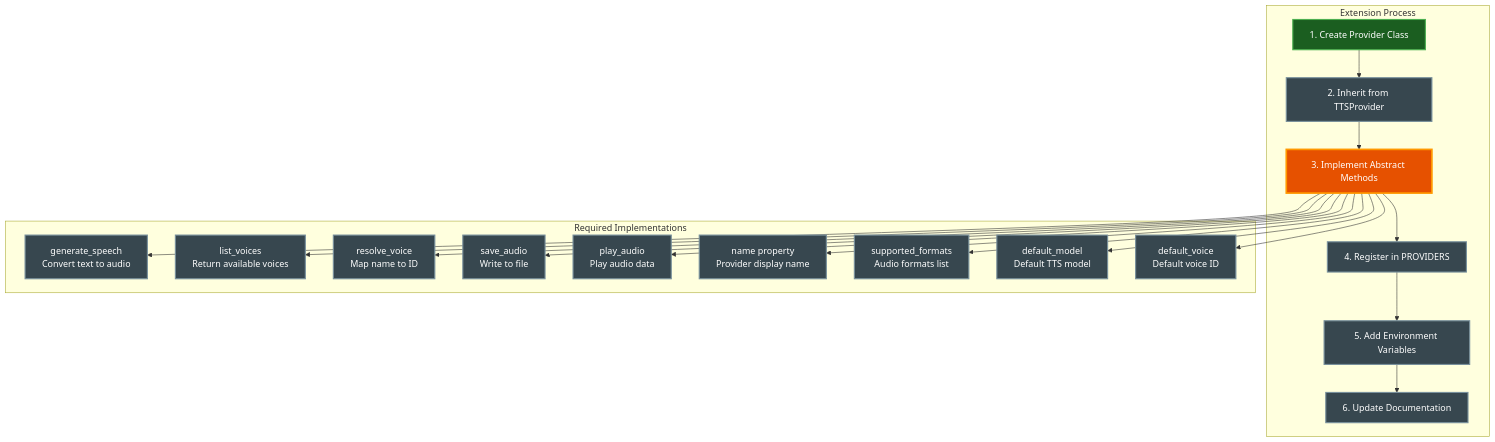
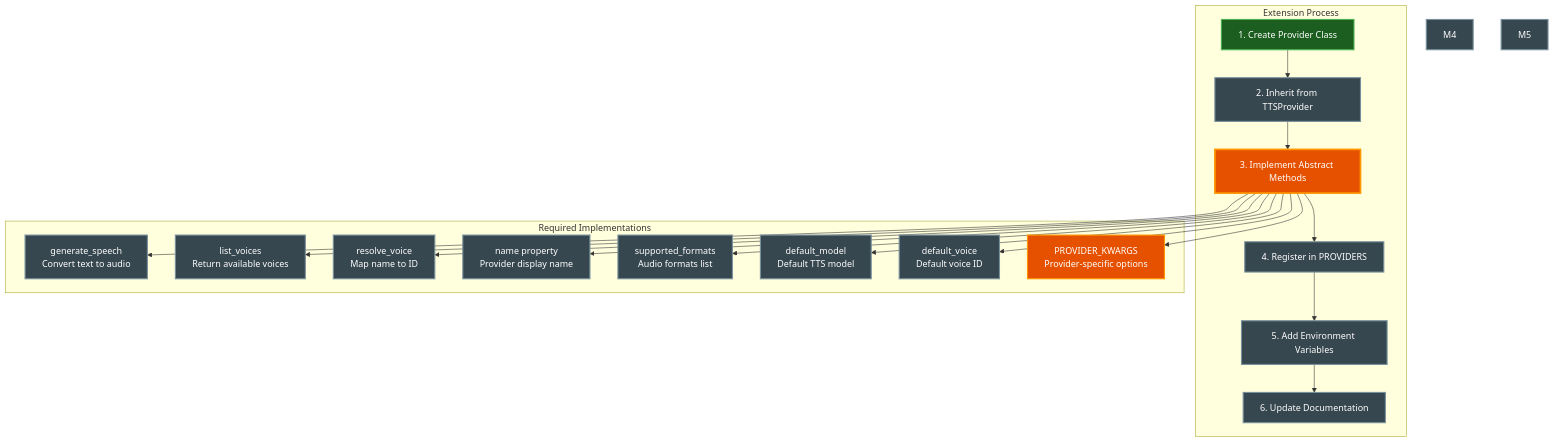
Before and after one commit to paulrobello/par-cli-tts: diagram 14 of 20 in docs/ARCHITECTURE.md, drawn with Mermaid. The commit also changed other lines of this file, not shown here.

First line of the commit message:
docs: sync ARCHITECTURE.md with post-remediation codebase

````diff
--- a/docs/ARCHITECTURE.md
+++ b/docs/ARCHITECTURE.md
@@ -1081,55 +1095,54 @@
 ```mermaid
 flowchart TD
     subgraph "Extension Process"
         Step1[1. Create Provider Class]
         Step2[2. Inherit from TTSProvider]
         Step3[3. Implement Abstract Methods]
         Step4[4. Register in PROVIDERS]
         Step5[5. Add Environment Variables]
         Step6[6. Update Documentation]
     end
 
     Step1 --> Step2
     Step2 --> Step3
     Step3 --> Step4
     Step4 --> Step5
     Step5 --> Step6
 
     subgraph "Required Implementations"
         M1[generate_speech<br/>Convert text to audio]
         M2[list_voices<br/>Return available voices]
         M3[resolve_voice<br/>Map name to ID]
-        M4[save_audio<br/>Write to file]
-        M5[play_audio<br/>Play audio data]
         P1[name property<br/>Provider display name]
         P2[supported_formats<br/>Audio formats list]
         P3[default_model<br/>Default TTS model]
         P4[default_voice<br/>Default voice ID]
+        PK[PROVIDER_KWARGS<br/>Provider-specific options]
     end
 
     Step3 --> M1
     Step3 --> M2
     Step3 --> M3
-    Step3 --> M4
-    Step3 --> M5
     Step3 --> P1
     Step3 --> P2
     Step3 --> P3
     Step3 --> P4
+    Step3 --> PK
 
     style Step1 fill:#1b5e20,stroke:#4caf50,stroke-width:2px,color:#ffffff
     style Step2 fill:#37474f,stroke:#78909c,stroke-width:2px,color:#ffffff
     style Step3 fill:#e65100,stroke:#ff9800,stroke-width:3px,color:#ffffff
     style Step4 fill:#37474f,stroke:#78909c,stroke-width:2px,color:#ffffff
     style Step5 fill:#37474f,stroke:#78909c,stroke-width:2px,color:#ffffff
     style Step6 fill:#37474f,stroke:#78909c,stroke-width:2px,color:#ffffff
     style M1 fill:#37474f,stroke:#78909c,stroke-width:2px,color:#ffffff
     style M2 fill:#37474f,stroke:#78909c,stroke-width:2px,color:#ffffff
     style M3 fill:#37474f,stroke:#78909c,stroke-width:2px,color:#ffffff
     style M4 fill:#37474f,stroke:#78909c,stroke-width:2px,color:#ffffff
     style M5 fill:#37474f,stroke:#78909c,stroke-width:2px,color:#ffffff
     style P1 fill:#37474f,stroke:#78909c,stroke-width:2px,color:#ffffff
     style P2 fill:#37474f,stroke:#78909c,stroke-width:2px,color:#ffffff
     style P3 fill:#37474f,stroke:#78909c,stroke-width:2px,color:#ffffff
     style P4 fill:#37474f,stroke:#78909c,stroke-width:2px,color:#ffffff
+    style PK fill:#e65100,stroke:#ff9800,stroke-width:2px,color:#ffffff
 ```
````
